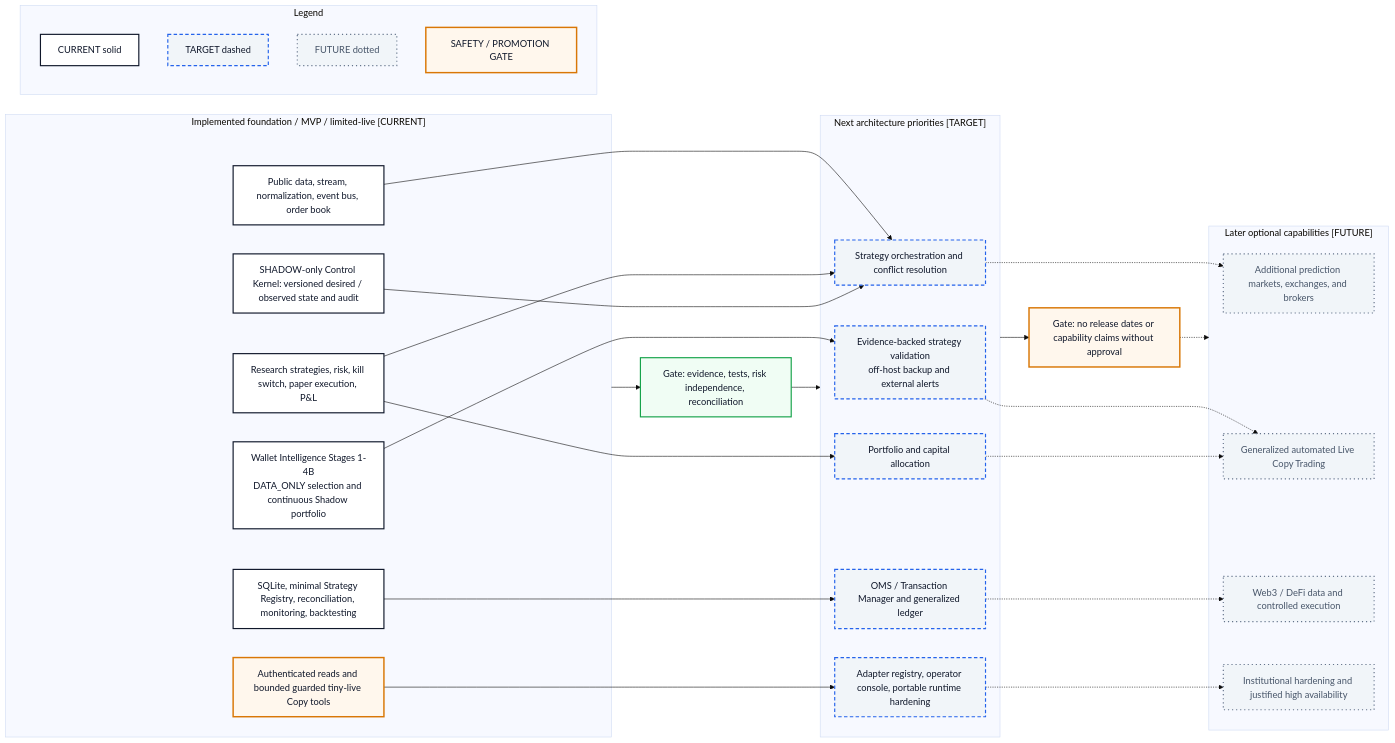
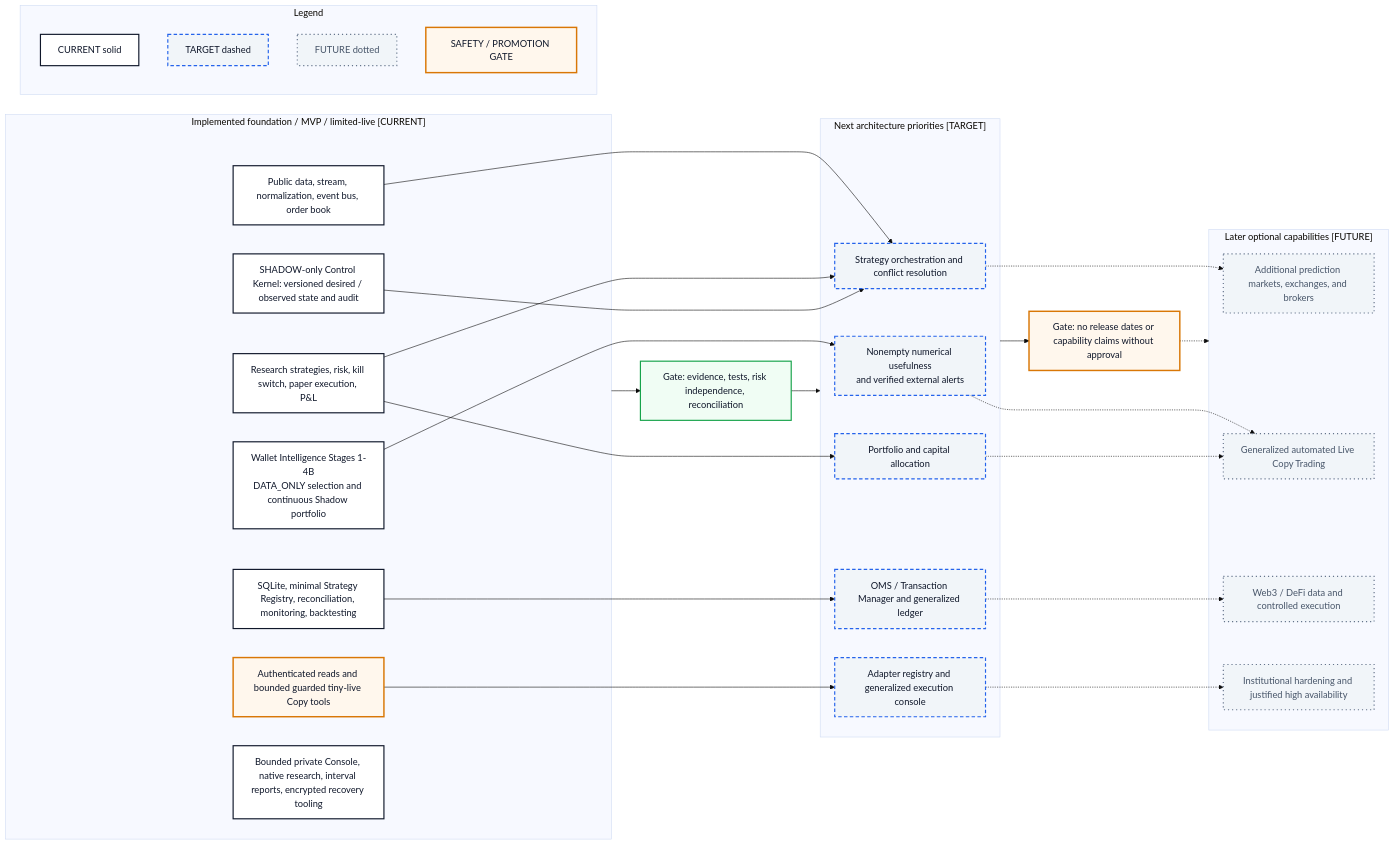
Before and after one commit to PolySia-Systems/Platform: the diagram in docs/04-architecture/visual-system/views/18-capability-roadmap.md, drawn with Mermaid (base theme). The commit also changed other lines of this file and 96 other files, not shown here.

First line of the commit message:
feat(platform): add independent bounded Shadow operations and Console

````diff
--- a/docs/04-architecture/visual-system/views/18-capability-roadmap.md
+++ b/docs/04-architecture/visual-system/views/18-capability-roadmap.md
@@ -15,59 +15,60 @@
 ```mermaid
 flowchart LR
   subgraph NOW["Implemented foundation / MVP / limited-live [CURRENT]"]
     N1["Public data, stream, normalization, event bus, order book"]:::current
     N2["Research strategies, risk, kill switch, paper execution, P&L"]:::current
     N3["SQLite, minimal Strategy Registry, reconciliation, monitoring, backtesting"]:::current
     N4["SHADOW-only Control Kernel: versioned desired / observed state and audit"]:::current
     N5["Authenticated reads and bounded guarded tiny-live Copy tools"]:::risk
     N6["Wallet Intelligence Stages 1-4B\nDATA_ONLY selection and continuous Shadow portfolio"]:::current
+    N7["Bounded private Console, native research, interval reports, encrypted recovery tooling"]:::current
   end
 
   subgraph NEXT["Next architecture priorities [TARGET]"]
-    T0["Evidence-backed strategy validation\noff-host backup and external alerts"]:::target
+    T0["Nonempty numerical usefulness\nand verified external alerts"]:::target
     T1["Strategy orchestration and conflict resolution"]:::target
     T2["Portfolio and capital allocation"]:::target
     T3["OMS / Transaction Manager and generalized ledger"]:::target
-    T4["Adapter registry, operator console, portable runtime hardening"]:::target
+    T4["Adapter registry and generalized execution console"]:::target
   end
 
   subgraph LATER["Later optional capabilities [FUTURE]"]
     F1["Additional prediction markets, exchanges, and brokers"]:::future
     F2["Generalized automated Live Copy Trading"]:::future
     F3["Web3 / DeFi data and controlled execution"]:::future
     F4["Institutional hardening and justified high availability"]:::future
   end
 
   N1 --> T1
   N2 --> T1
   N2 --> T2
   N3 --> T3
   N4 --> T1
   N5 --> T4
   N6 --> T0
   T0 -.-> F2
   T1 -.-> F1
   T2 -.-> F2
   T3 -.-> F3
   T4 -.-> F4
 
   Gate1["Gate: evidence, tests, risk independence, reconciliation"]:::safe
   Gate2["Gate: no release dates or capability claims without approval"]:::risk
   NOW --> Gate1
   Gate1 --> NEXT
   NEXT --> Gate2
   Gate2 -.-> LATER
 
   subgraph LEGEND["Legend"]
     L1["CURRENT solid"]:::current
     L2["TARGET dashed"]:::target
     L3["FUTURE dotted"]:::future
     L4["SAFETY / PROMOTION GATE"]:::risk
   end
 
   classDef current fill:#FFFFFF,stroke:#0F172A,stroke-width:2px,color:#0F172A;
   classDef target fill:#F1F5F9,stroke:#2563EB,stroke-width:2px,stroke-dasharray:6 4,color:#0F172A;
   classDef future fill:#F1F5F9,stroke:#64748B,stroke-width:2px,stroke-dasharray:2 5,color:#475569;
   classDef risk fill:#FFF7ED,stroke:#D97706,stroke-width:2.5px,color:#0F172A;
   classDef safe fill:#F0FDF4,stroke:#16A34A,stroke-width:2px,color:#0F172A;
 ```
````
